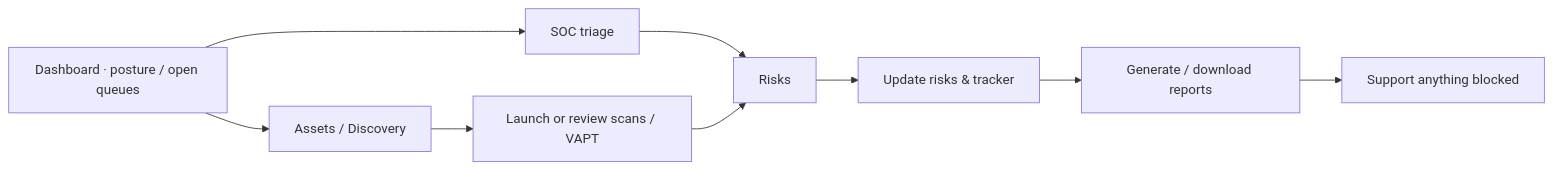
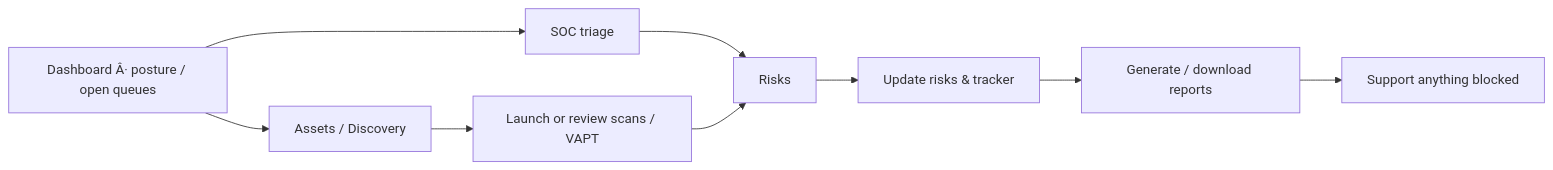
Before and after one commit to Phantom-Fort/Phantix-Frontend: the diagram in docs/how-to/command-centre/README.md, drawn with Mermaid. The commit also changed other lines of this file and 36 other files, not shown here.

````diff
--- a/docs/how-to/command-centre/README.md
+++ b/docs/how-to/command-centre/README.md
@@ -31,11 +31,11 @@
 ```mermaid
 flowchart LR
-  D[Dashboard · posture / open queues] --> S[SOC triage]
+  D[Dashboard Â· posture / open queues] --> S[SOC triage]
   D --> A[Assets / Discovery]
   S --> R[Risks]
   A --> SC[Launch or review scans / VAPT]
   SC --> R
   R --> T[Update risks & tracker]
   T --> REP[Generate / download reports]
   REP --> SUP[Support anything blocked]
 ```
````
